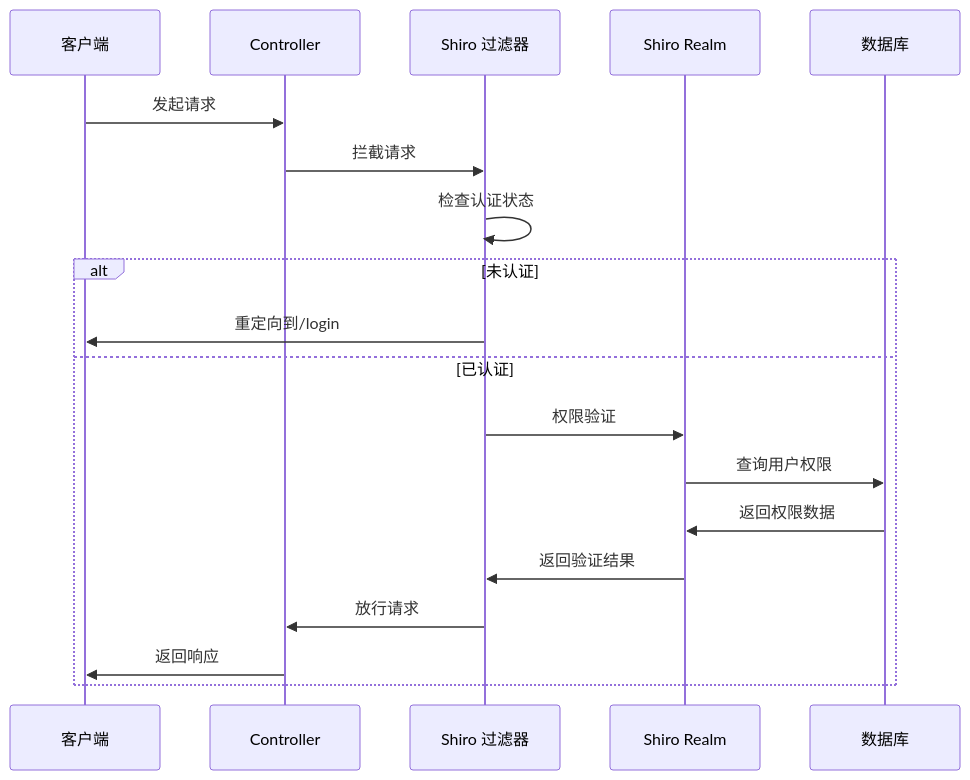
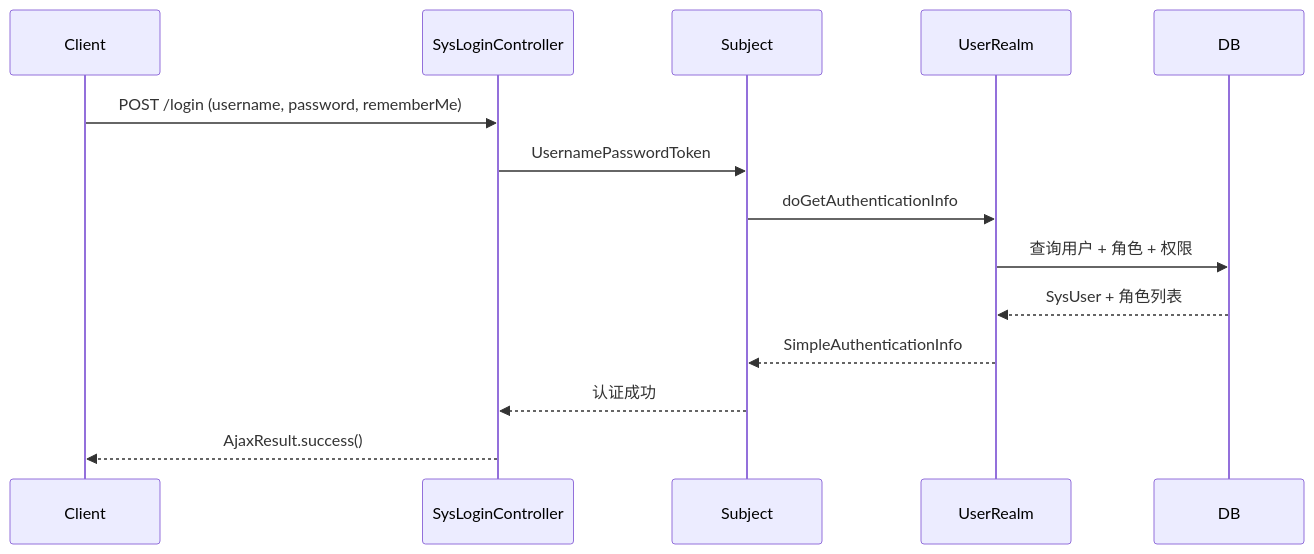
One commit to ChenLiyan-GT/RuoYi-Vue changed the diagram in ruoyi-admin/.gientech/wiki/API参考/API参考.md. Above: the diagram before and after it, drawn with Mermaid. The commit also changed other lines of this file and 82 other files, not shown here.

````diff
--- a/ruoyi-admin/.gientech/wiki/API参考/API参考.md
+++ b/ruoyi-admin/.gientech/wiki/API参考/API参考.md
@@ -62,22 +93,17 @@
 ```mermaid
 sequenceDiagram
-    participant Client as 客户端
-    participant Controller as Controller
-    participant ShiroFilter as Shiro 过滤器
-    participant Realm as Shiro Realm
-    participant DB as 数据库
+    participant Client
+    participant SysLoginController
+    participant Subject
+    participant UserRealm
+    participant DB
 
-    Client->>Controller: 发起请求
-    Controller->>ShiroFilter: 拦截请求
-    ShiroFilter->>ShiroFilter: 检查认证状态
-    alt 未认证
-        ShiroFilter->>Client: 重定向到/login
-    else 已认证
-        ShiroFilter->>Realm: 权限验证
-        Realm->>DB: 查询用户权限
-        DB->>Realm: 返回权限数据
-        Realm->>ShiroFilter: 返回验证结果
-        ShiroFilter->>Controller: 放行请求
-        Controller->>Client: 返回响应
-    end
+    Client->>SysLoginController: POST /login (username, password, rememberMe)
+    SysLoginController->>Subject: UsernamePasswordToken
+    Subject->>UserRealm: doGetAuthenticationInfo
+    UserRealm->>DB: 查询用户 + 角色 + 权限
+    DB-->>UserRealm: SysUser + 角色列表
+    UserRealm-->>Subject: SimpleAuthenticationInfo
+    Subject-->>SysLoginController: 认证成功
+    SysLoginController-->>Client: AjaxResult.success()
 ```
````
